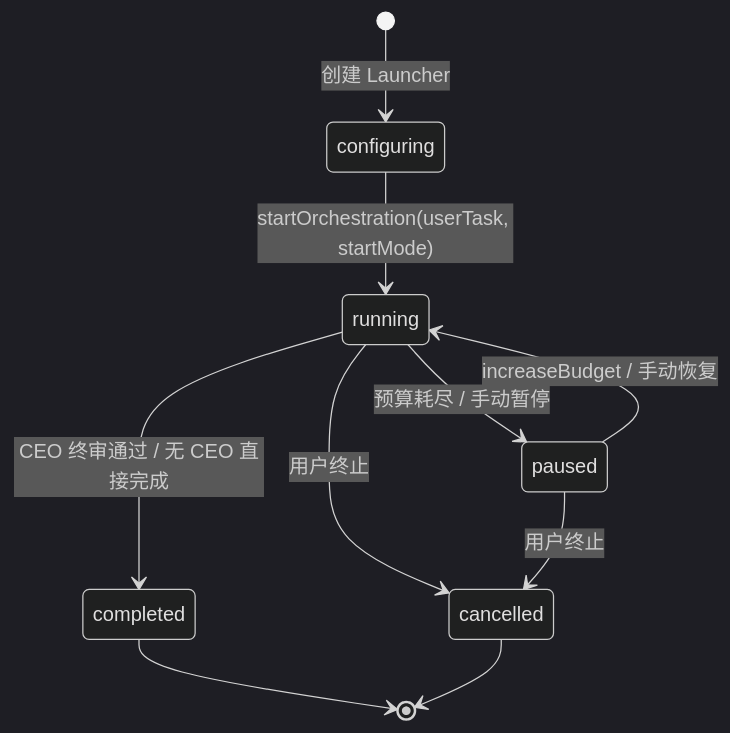
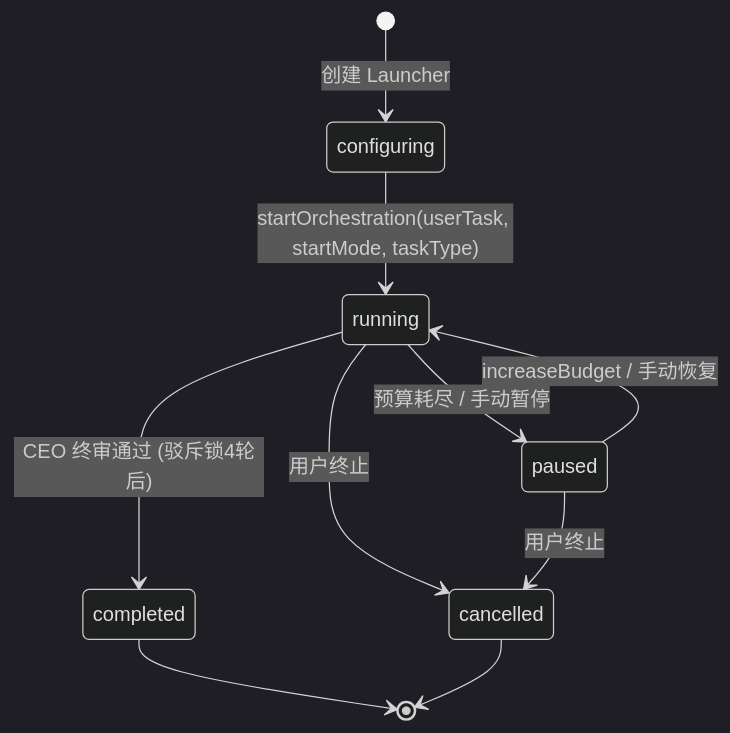
Before and after one commit to isWittHere/my-last-feedback: the second of 10 diagrams in .myLastChat/MLC_MLRA编排流程完整分析.md, drawn with Mermaid (dark theme). The commit also changed other lines of this file and 14 other files, not shown here.

````diff
--- a/.myLastChat/MLC_MLRA编排流程完整分析.md
+++ b/.myLastChat/MLC_MLRA编排流程完整分析.md
@@ -53,14 +62,14 @@
 ```mermaid
 stateDiagram-v2
     [*] --> configuring: 创建 Launcher
 
-    configuring --> running: startOrchestration(userTask, startMode)
+    configuring --> running: startOrchestration(userTask, startMode, taskType)
     running --> paused: 预算耗尽 / 手动暂停
     paused --> running: increaseBudget / 手动恢复
-    running --> completed: CEO 终审通过 / 无 CEO 直接完成
+    running --> completed: CEO 终审通过 (驳斥锁4轮后)
     running --> cancelled: 用户终止
     paused --> cancelled: 用户终止
 
     completed --> [*]
     cancelled --> [*]
 ```
````
